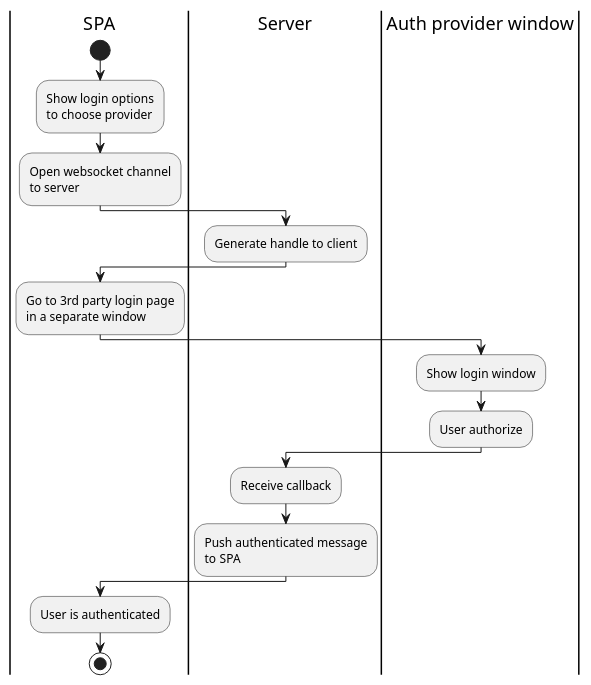
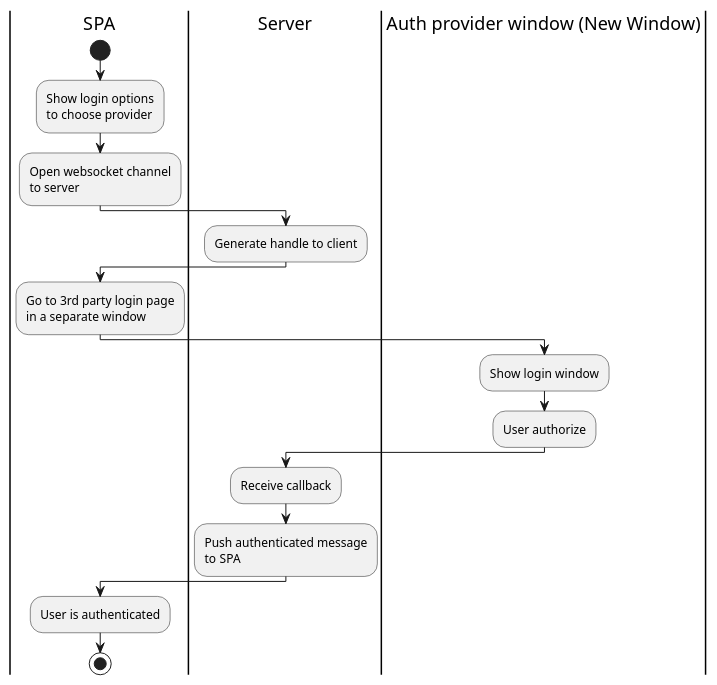
One commit to sohoffice/seamless-login-demo changed the diagram in document/seamless-login-activity.puml. Above: the diagram before and after it, drawn with PlantUML. The commit also changed 2 other files, not shown here.

Commit message:
Add diagrams to illustrate the flow

```diff
--- a/document/seamless-login-activity.puml
+++ b/document/seamless-login-activity.puml
@@ -1,23 +1,23 @@
 @startuml
 |SPA|
 start
 :Show login options
 to choose provider;
 :Open websocket channel
 to server;
 |Server|
 :Generate handle to client;
 |SPA|
 :Go to 3rd party login page
 in a separate window;
-|Auth provider window|
+|Auth provider window (New Window)|
 :Show login window;
 :User authorize;
 |Server|
 :Receive callback;
 :Push authenticated message
 to SPA;
 |SPA|
 :User is authenticated;
 stop
 @enduml
```
